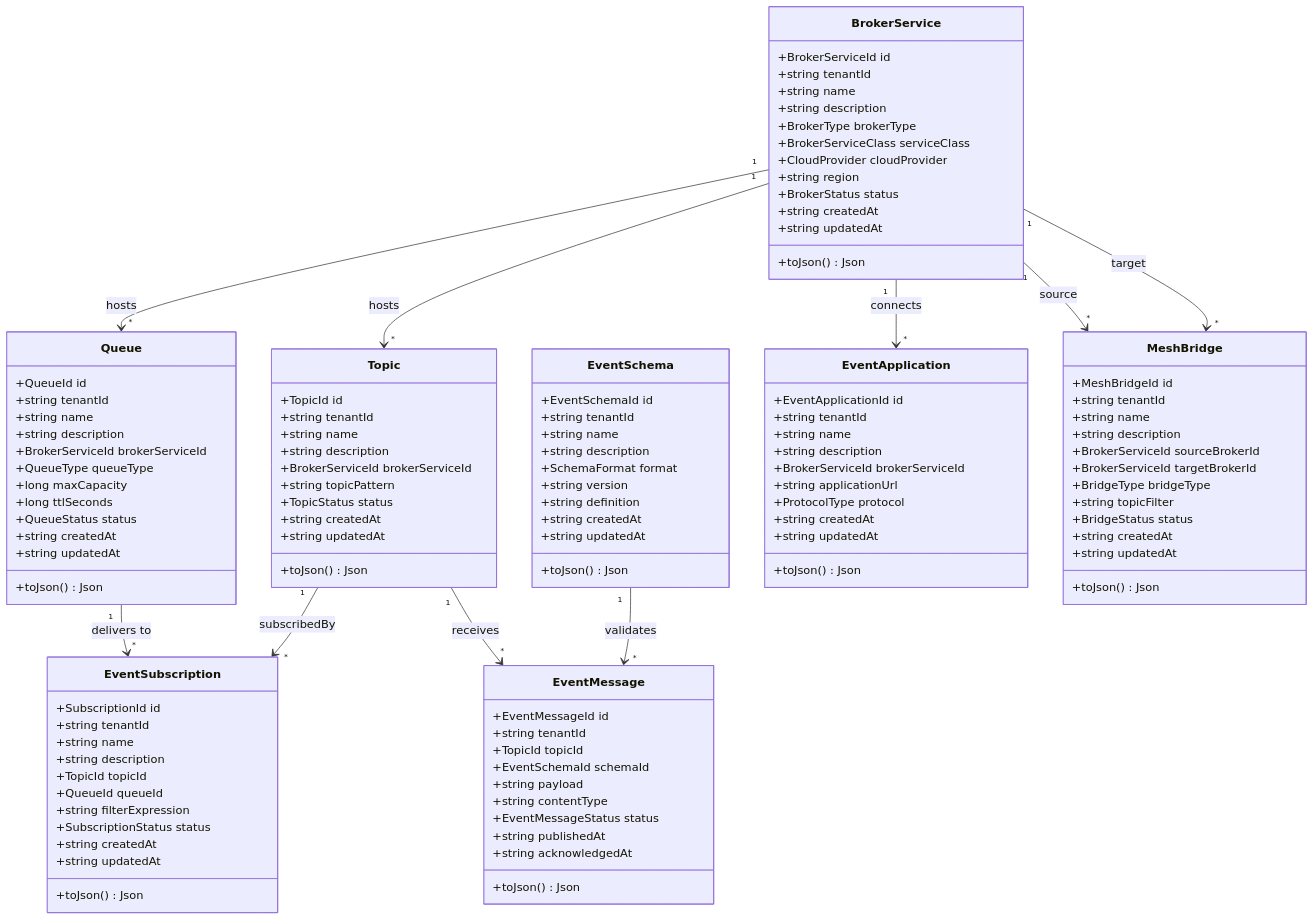
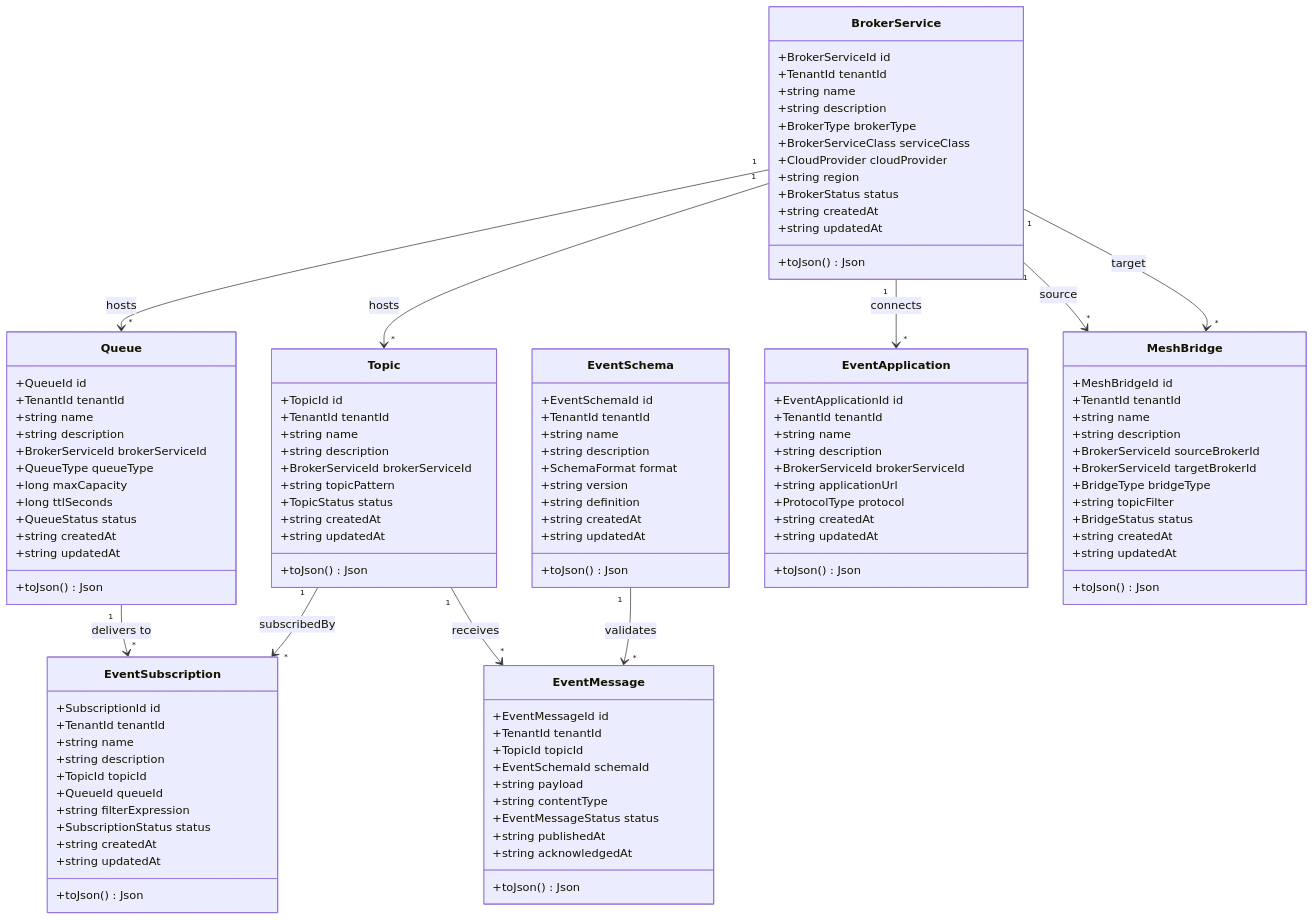
Before and after one commit to UIMSolutions/uim-platform: the first of 6 diagrams in event-mesh/UML.md, drawn with Mermaid. The commit also changed 65 other files, not shown here.

```diff
--- a/event-mesh/UML.md
+++ b/event-mesh/UML.md
@@ -6,7 +6,7 @@
 classDiagram
     class BrokerService {
         +BrokerServiceId id
-        +string tenantId
+        +TenantId tenantId
         +string name
         +string description
         +BrokerType brokerType
@@ -21,7 +21,7 @@
 
     class Queue {
         +QueueId id
-        +string tenantId
+        +TenantId tenantId
         +string name
         +string description
         +BrokerServiceId brokerServiceId
@@ -36,7 +36,7 @@
 
     class Topic {
         +TopicId id
-        +string tenantId
+        +TenantId tenantId
         +string name
         +string description
         +BrokerServiceId brokerServiceId
@@ -49,7 +49,7 @@
 
     class EventSubscription {
         +SubscriptionId id
-        +string tenantId
+        +TenantId tenantId
         +string name
         +string description
         +TopicId topicId
@@ -63,7 +63,7 @@
 
     class EventMessage {
         +EventMessageId id
-        +string tenantId
+        +TenantId tenantId
         +TopicId topicId
         +EventSchemaId schemaId
         +string payload
@@ -76,7 +76,7 @@
 
     class EventSchema {
         +EventSchemaId id
-        +string tenantId
+        +TenantId tenantId
         +string name
         +string description
         +SchemaFormat format
@@ -89,7 +89,7 @@
 
     class EventApplication {
         +EventApplicationId id
-        +string tenantId
+        +TenantId tenantId
         +string name
         +string description
         +BrokerServiceId brokerServiceId
@@ -102,7 +102,7 @@
 
     class MeshBridge {
         +MeshBridgeId id
-        +string tenantId
+        +TenantId tenantId
         +string name
         +string description
         +BrokerServiceId sourceBrokerId
```
